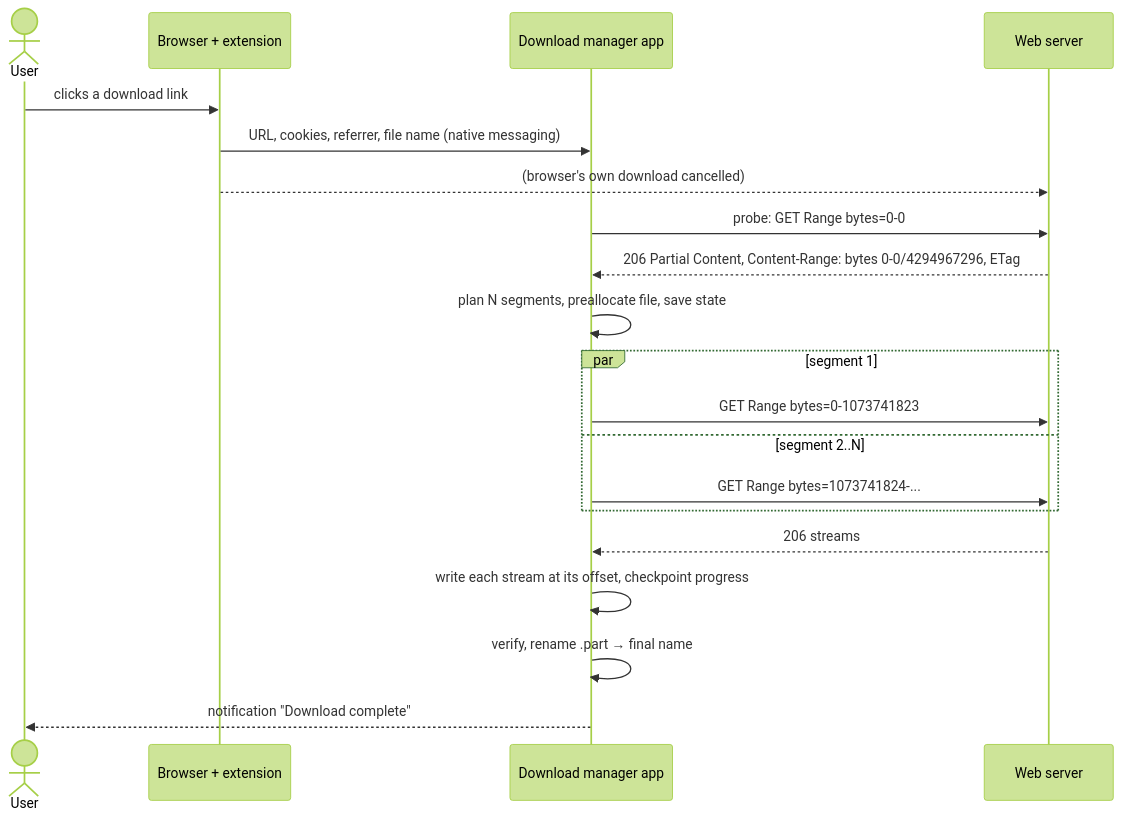
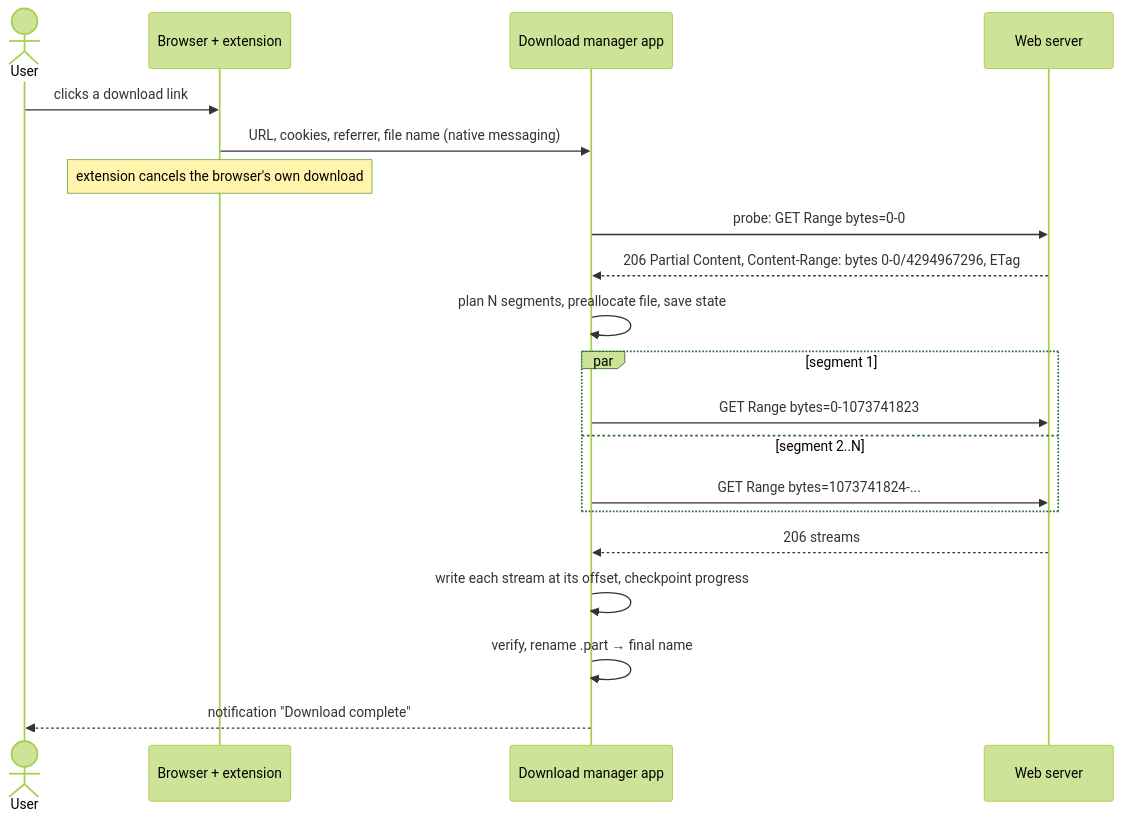
Before and after one commit to Fatalshears/GlitchGallery: the second of 4 diagrams in content/products/internet-download-manager.md, drawn with Mermaid (forest theme). The commit also changed other lines of this file and 14 other files, not shown here.

````diff
--- a/content/products/internet-download-manager.md
+++ b/content/products/internet-download-manager.md
@@ -48,22 +48,22 @@
 ```mermaid
 sequenceDiagram
   actor U as User
   participant B as Browser + extension
   participant A as Download manager app
   participant S as Web server
   U->>B: clicks a download link
   B->>A: URL, cookies, referrer, file name (native messaging)
-  B-->>S: (browser's own download cancelled)
+  Note over B: extension cancels the browser's own download
   A->>S: probe: GET Range bytes=0-0
   S-->>A: 206 Partial Content, Content-Range: bytes 0-0/4294967296, ETag
   A->>A: plan N segments, preallocate file, save state
   par segment 1
     A->>S: GET Range bytes=0-1073741823
   and segment 2..N
     A->>S: GET Range bytes=1073741824-...
   end
   S-->>A: 206 streams
   A->>A: write each stream at its offset, checkpoint progress
   A->>A: verify, rename .part → final name
   A-->>U: notification "Download complete"
 ```
````
